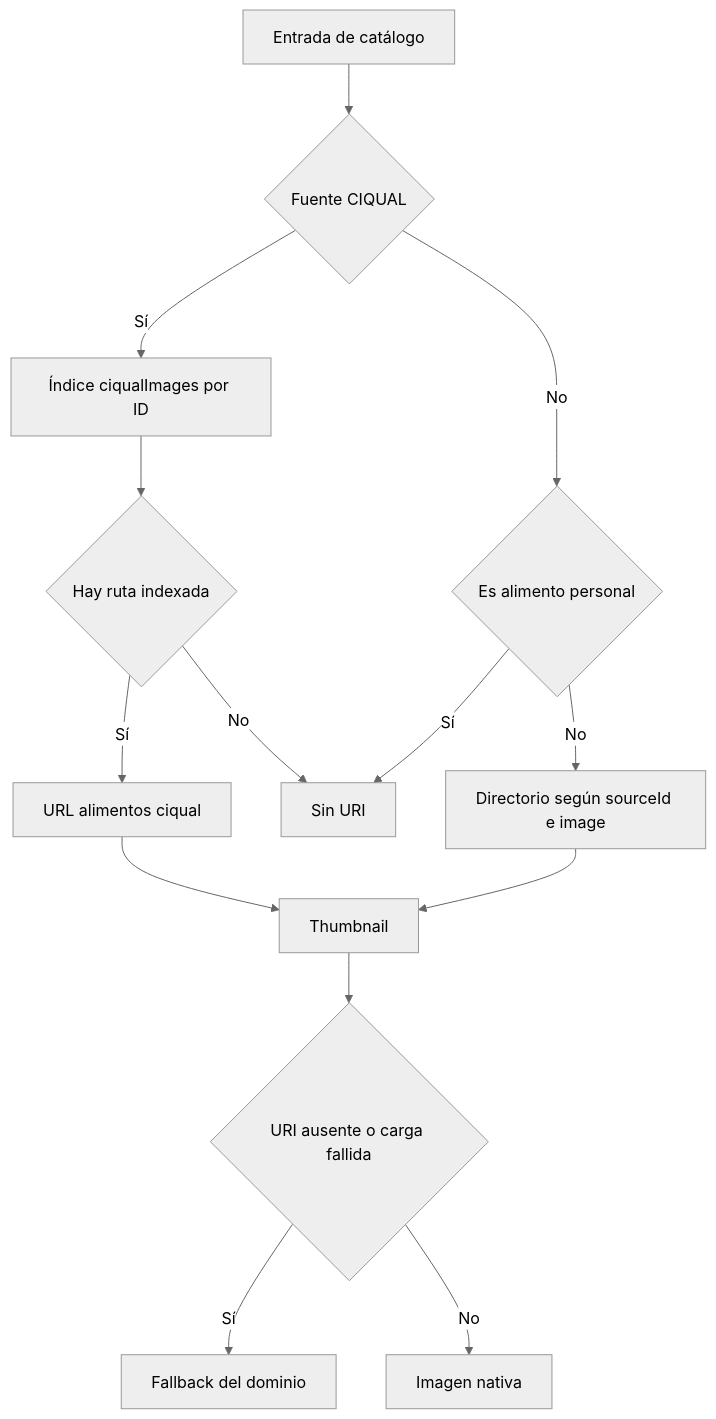
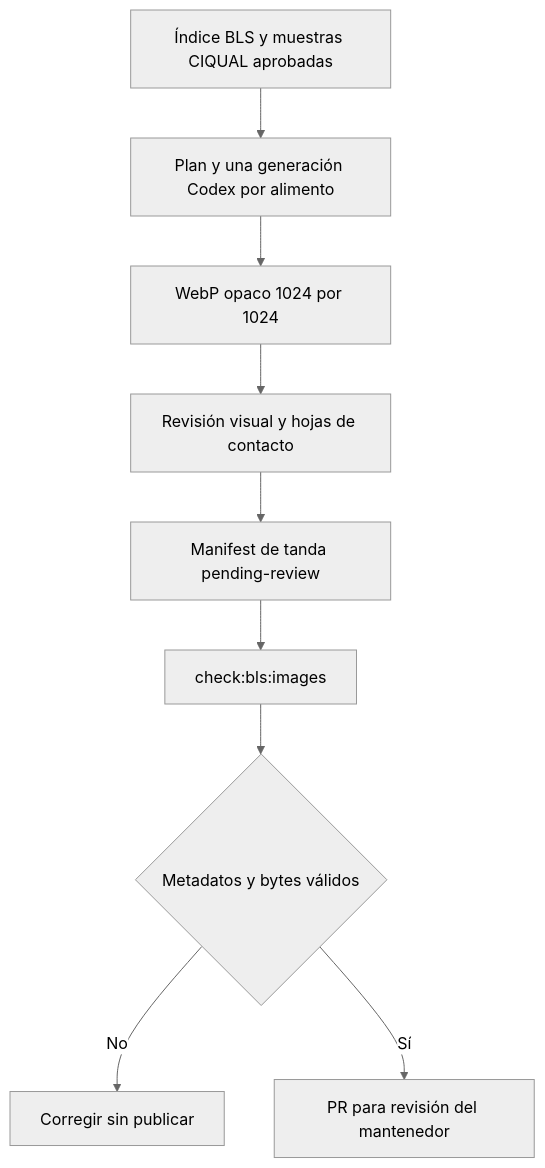
One commit to maximofn/gymnasia changed the first of 2 diagrams in openwiki/content/image-generation.md. Above: the diagram before and after it, drawn with Mermaid (neutral theme). The commit also changed other lines of this file and 22 other files, not shown here.

````diff
--- a/openwiki/content/image-generation.md
+++ b/openwiki/content/image-generation.md
@@ -54,16 +63,11 @@
 ```mermaid
 flowchart TD
-    A["Entrada de catálogo"] --> B{"Fuente CIQUAL"}
-    B -->|"Sí"| C["Índice ciqualImages por ID"]
-    C --> D{"Hay ruta indexada"}
-    D -->|"Sí"| E["URL alimentos ciqual"]
-    D -->|"No"| F["Sin URI"]
-    B -->|"No"| G{"Es alimento personal"}
-    G -->|"Sí"| F
-    G -->|"No"| H["Directorio según sourceId e image"]
-    E --> I["Thumbnail"]
-    H --> I
-    I --> J{"URI ausente o carga fallida"}
-    J -->|"Sí"| K["Fallback del dominio"]
-    J -->|"No"| L["Imagen nativa"]
+    A["Índice BLS y muestras CIQUAL aprobadas"] --> B["Plan y una generación Codex por alimento"]
+    B --> C["WebP opaco 1024 por 1024"]
+    C --> D["Revisión visual y hojas de contacto"]
+    D --> E["Manifest de tanda pending-review"]
+    E --> F["check:bls:images"]
+    F --> G{"Metadatos y bytes válidos"}
+    G -->|"No"| H["Corregir sin publicar"]
+    G -->|"Sí"| I["PR para revisión del mantenedor"]
 ```
````
